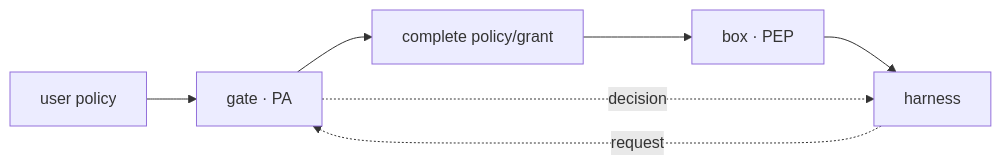
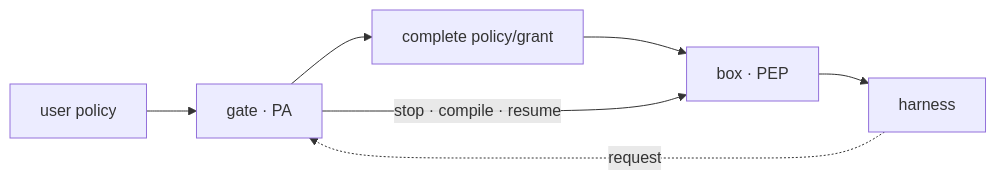
Before and after one commit to phibkro/pagu: the first of 2 diagrams in docs/CONCEPTS.md, drawn with Mermaid. The commit also changed other lines of this file and 36 other files, not shown here.

````diff
--- a/docs/CONCEPTS.md
+++ b/docs/CONCEPTS.md
@@ -29,9 +29,9 @@
 ```mermaid
 flowchart LR
     U["user policy"] --> PA["gate · PA"]
     PA --> P["complete policy/grant"]
     P --> PEP["box · PEP"]
     PEP --> H["harness"]
     H -. "request" .-> PA
-    PA -. "decision" .-> H
+    PA -->|"stop · compile · resume"| PEP
 ```
````
